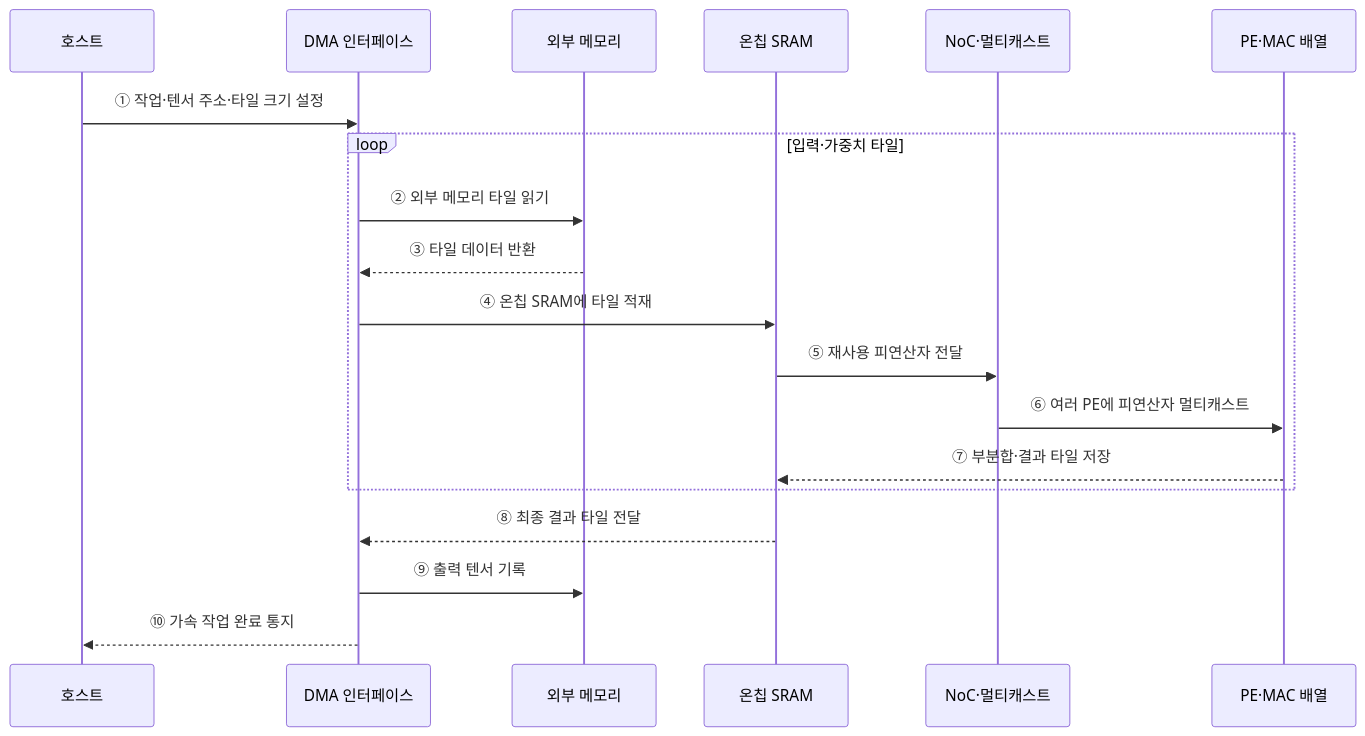
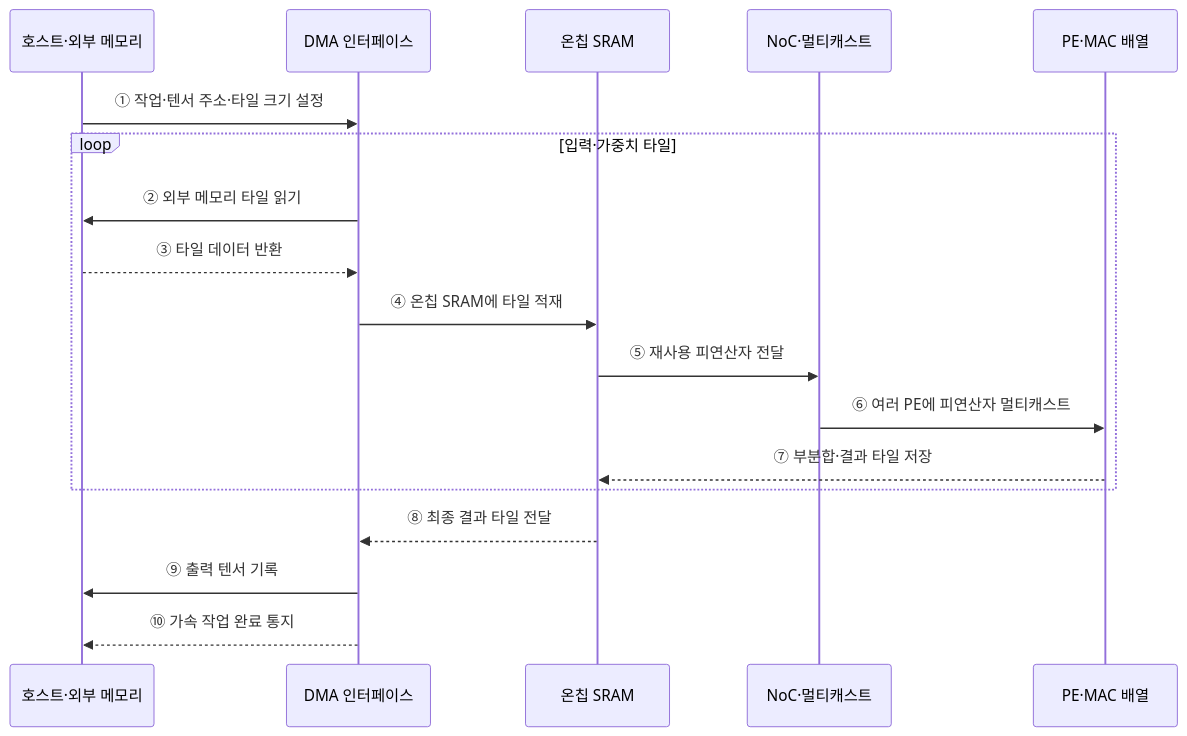
Before and after one commit to agnusdei1207/knowledge-base: the second of 2 diagrams in src/content/docs/notes/02-hardware/040_asic_ai_acceleration.md, drawn with Mermaid. The commit also changed other lines of this file and 20 other files, not shown here.

````diff
--- a/src/content/docs/notes/02-hardware/040_asic_ai_acceleration.md
+++ b/src/content/docs/notes/02-hardware/040_asic_ai_acceleration.md
@@ -93,22 +84,21 @@
 ```mermaid
 sequenceDiagram
-    participant H as 호스트
+    participant H as 호스트·외부 메모리
     participant D as DMA 인터페이스
-    participant M as 외부 메모리
     participant S as 온칩 SRAM
     participant N as NoC·멀티캐스트
     participant P as PE·MAC 배열
 
     H->>D: ① 작업·텐서 주소·타일 크기 설정
     loop 입력·가중치 타일
-        D->>M: ② 외부 메모리 타일 읽기
-        M-->>D: ③ 타일 데이터 반환
+        D->>H: ② 외부 메모리 타일 읽기
+        H-->>D: ③ 타일 데이터 반환
         D->>S: ④ 온칩 SRAM에 타일 적재
         S->>N: ⑤ 재사용 피연산자 전달
         N->>P: ⑥ 여러 PE에 피연산자 멀티캐스트
         P-->>S: ⑦ 부분합·결과 타일 저장
     end
     S-->>D: ⑧ 최종 결과 타일 전달
-    D->>M: ⑨ 출력 텐서 기록
+    D->>H: ⑨ 출력 텐서 기록
     D-->>H: ⑩ 가속 작업 완료 통지
 ```
````
